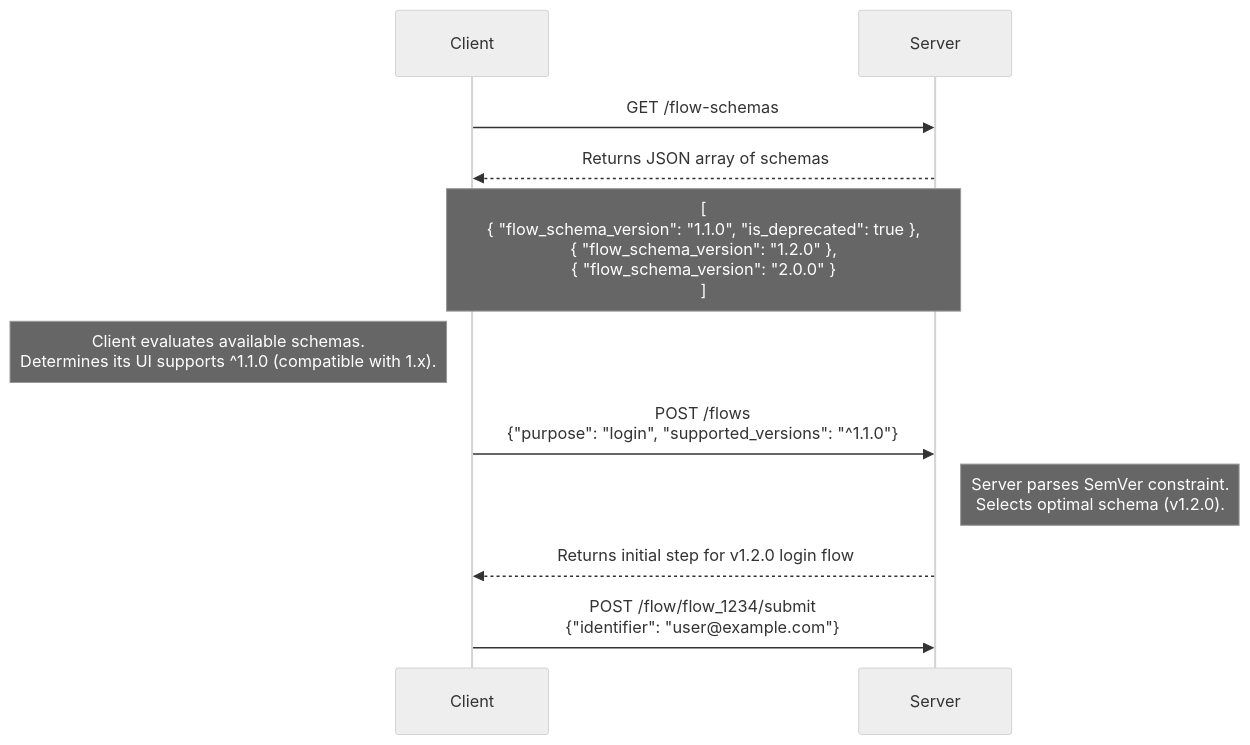
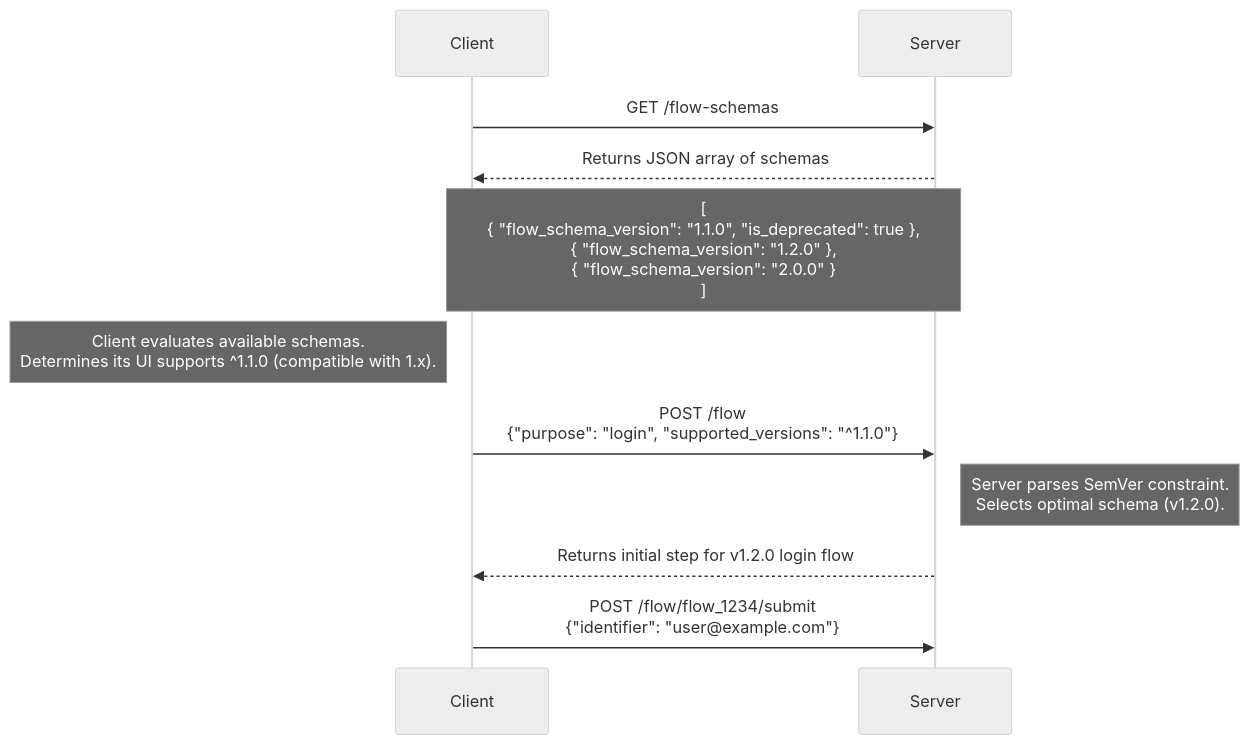
Before and after one commit to zitadel/nextgen: the diagram in docs/design/flowengine/capability-handshake.md, drawn with Mermaid (neutral theme). The commit also changed 10 other files, not shown here.

Commit message:
docs: fix flow handles, wire shapes, list-envelope exceptions, and stale anchors from review

````diff
--- a/docs/design/flowengine/capability-handshake.md
+++ b/docs/design/flowengine/capability-handshake.md
@@ -11,13 +11,13 @@
 ```mermaid
 sequenceDiagram
 participant Client
 participant Server
     Client->>Server: GET /flow-schemas
     Server-->>Client: Returns JSON array of schemas
     Note over Client, Server: [<br/>  { "flow_schema_version": "1.1.0", "is_deprecated": true },<br/>  { "flow_schema_version": "1.2.0" },<br/>  { "flow_schema_version": "2.0.0" }<br/>]
     Note left of Client: Client evaluates available schemas.<br/>Determines its UI supports ^1.1.0 (compatible with 1.x).
-    Client->>Server: POST /flows<br/>{"purpose": "login", "supported_versions": "^1.1.0"}
+    Client->>Server: POST /flow<br/>{"purpose": "login", "supported_versions": "^1.1.0"}
     Note right of Server: Server parses SemVer constraint.<br/>Selects optimal schema (v1.2.0).
     Server-->>Client: Returns initial step for v1.2.0 login flow
     Client->>Server: POST /flow/flow_1234/submit<br/>{"identifier": "user@example.com"}
 ```
````
